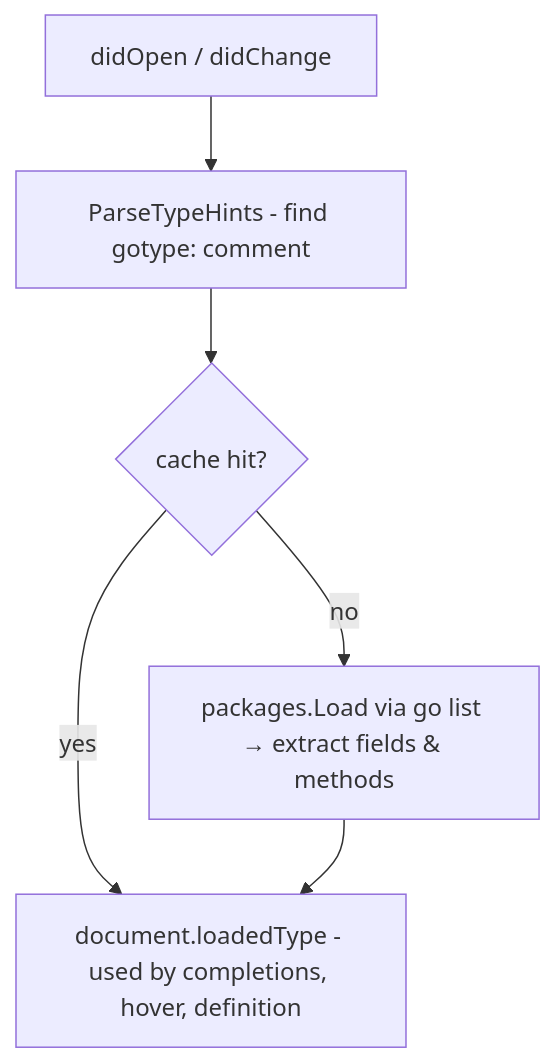
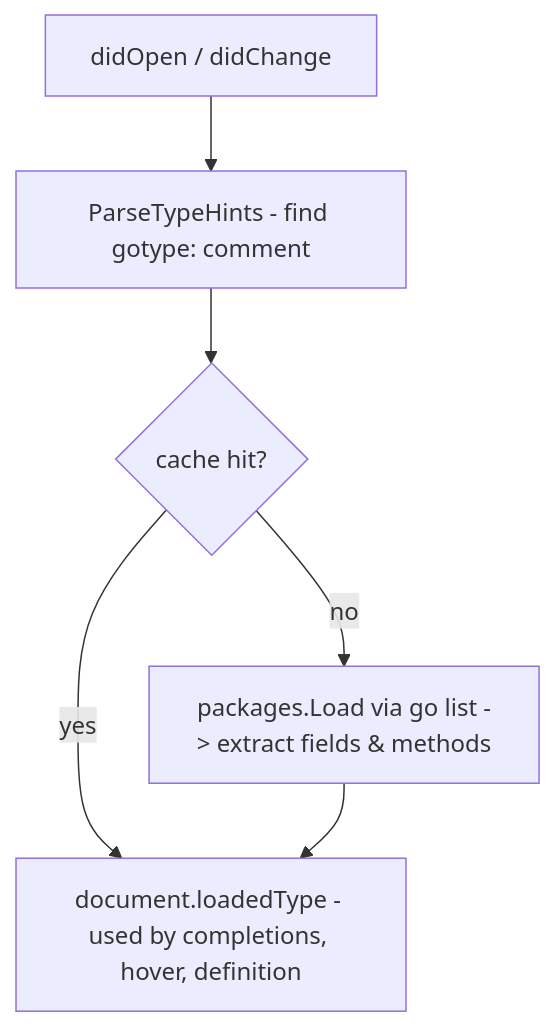
The diagram in docs/features/type_hints.md (allseas/go-template-lsp), drawn with Mermaid before and after one commit. The commit also changed 10 other files, not shown here.

````diff
--- a/docs/features/type_hints.md
+++ b/docs/features/type_hints.md
@@ -20,8 +20,8 @@
 ```mermaid
 flowchart TD
     A["didOpen / didChange"] --> B["ParseTypeHints - find gotype: comment"]
     B --> C{"cache hit?"}
     C -->|yes| E
-    C -->|no| D["packages.Load via go list → extract fields & methods"]
+    C -->|no| D["packages.Load via go list -> extract fields & methods"]
     D --> E["document.loadedType - used by completions, hover, definition"]
 ```
````
